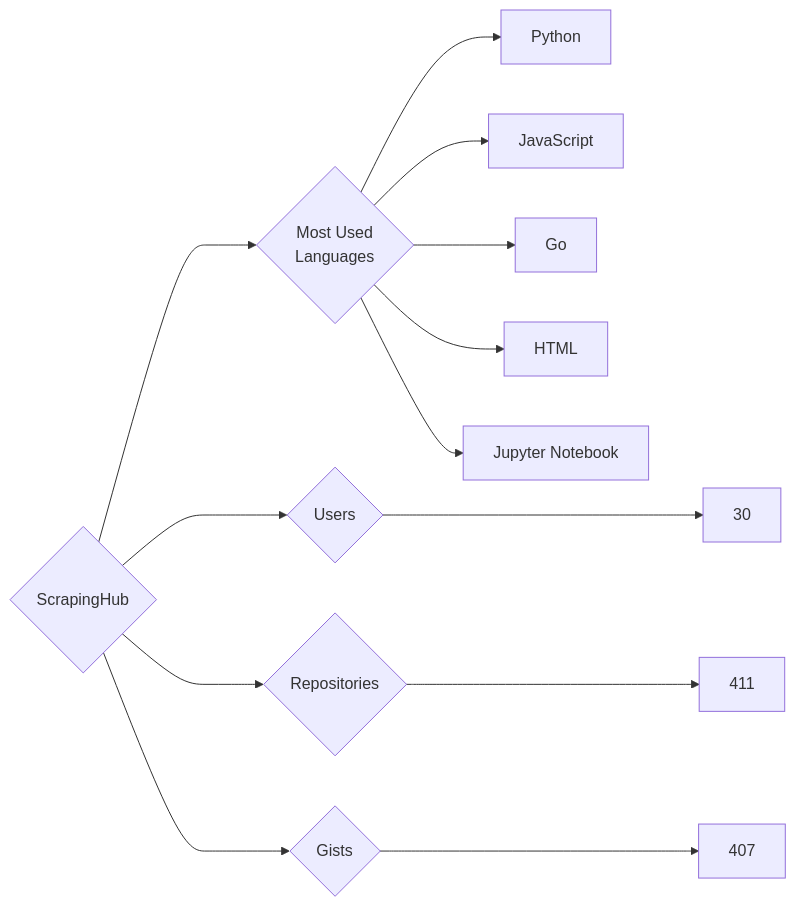
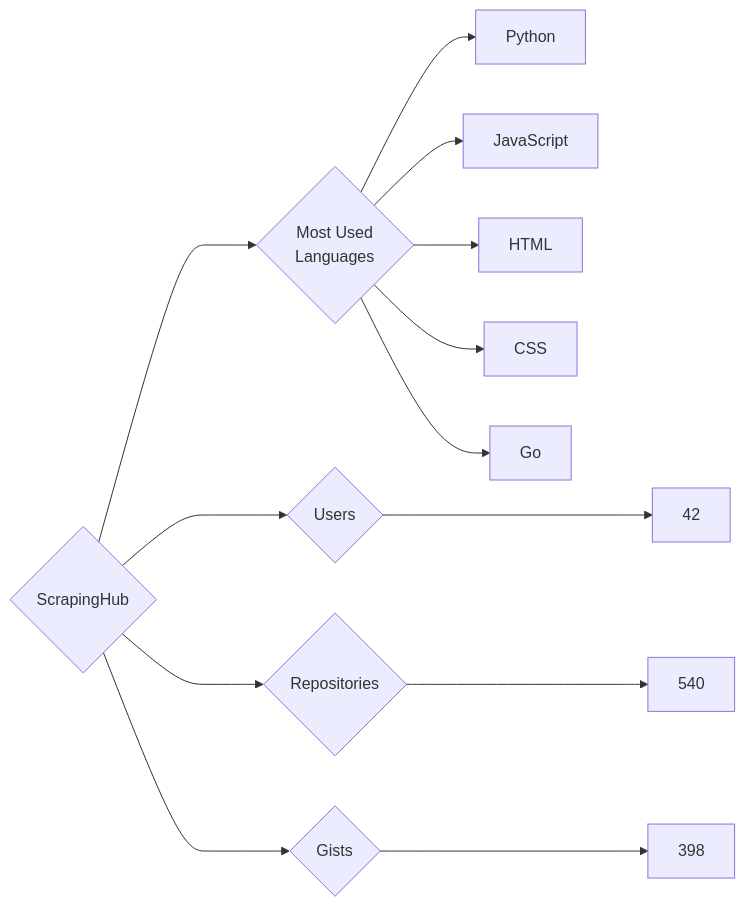
Before and after one commit to trickest/insiders: the diagram in targets/ScrapingHub/README.md, drawn with Mermaid. The commit also changed 953 other files, not shown here.

````diff
--- a/targets/ScrapingHub/README.md
+++ b/targets/ScrapingHub/README.md
@@ -3,13 +3,13 @@
 ```mermaid
 graph LR
 COMPANY_NAME{ScrapingHub}
-COMPANY_NAME ---> U{Users} ---> UN[30]
-COMPANY_NAME ---> R{Repositories} ---> RN[411]
-COMPANY_NAME ---> G{Gists} ---> GN[407]
+COMPANY_NAME ---> U{Users} ---> UN[42]
+COMPANY_NAME ---> R{Repositories} ---> RN[540]
+COMPANY_NAME ---> G{Gists} ---> GN[398]
 COMPANY_NAME ---> ML{Most Used<br>Languages}
 ML --> Python[Python]
 ML --> JavaScript[JavaScript]
+ML --> HTML[HTML]
+ML --> CSS[CSS]
 ML --> Go[Go]
-ML --> HTML[HTML]
-ML --> Jupyter_Notebook[Jupyter Notebook]
 ```
````
